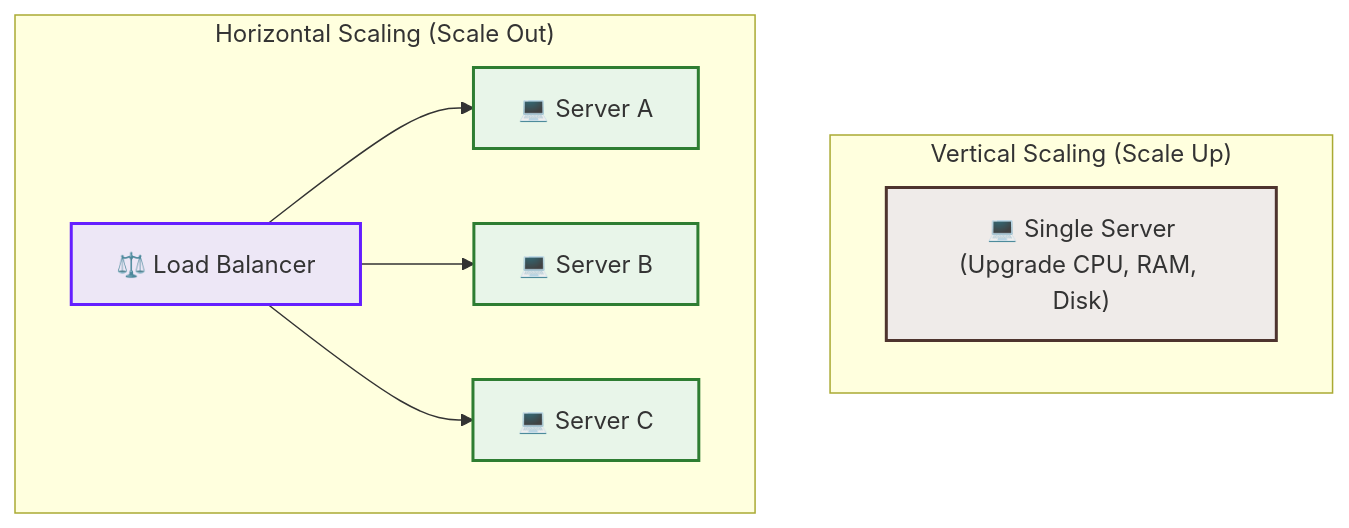
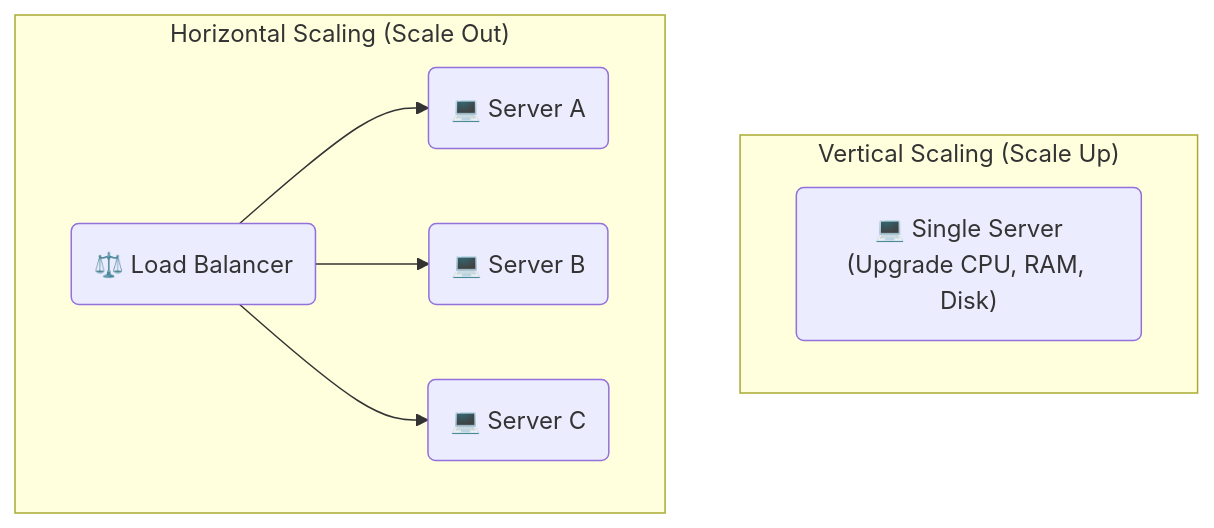
One commit to PKRacha/system-design changed the second of 2 diagrams in basics/01_scalability_network.md. Above: the diagram before and after it, drawn with Mermaid. The commit also changed other lines of this file and 4 other files, not shown here.

Commit message:
docs: standardize all mermaid diagrams with curvy corners and default color styling

````diff
--- a/basics/01_scalability_network.md
+++ b/basics/01_scalability_network.md
@@ -41,19 +36,13 @@
 ```mermaid
 graph TD
     subgraph Vertical ["Vertical Scaling (Scale Up)"]
-        V1["💻 Single Server<br>(Upgrade CPU, RAM, Disk)"]
+        V1("💻 Single Server<br>(Upgrade CPU, RAM, Disk)")
     end
     
     subgraph Horizontal ["Horizontal Scaling (Scale Out)"]
-        H1["💻 Server A"]
-        H2["💻 Server B"]
-        H3["💻 Server C"]
-        LB["⚖️ Load Balancer"] --> H1 & H2 & H3
+        H1("💻 Server A")
+        H2("💻 Server B")
+        H3("💻 Server C")
+        LB("⚖️ Load Balancer") --> H1 & H2 & H3
     end
-    
-    style V1 fill:#efebe9,stroke:#4e342e,stroke-width:2px;
-    style H1 fill:#e8f5e9,stroke:#2e7d32,stroke-width:2px;
-    style H2 fill:#e8f5e9,stroke:#2e7d32,stroke-width:2px;
-    style H3 fill:#e8f5e9,stroke:#2e7d32,stroke-width:2px;
-    style LB fill:#ede7f6,stroke:#651fff,stroke-width:2px;
 ```
````
